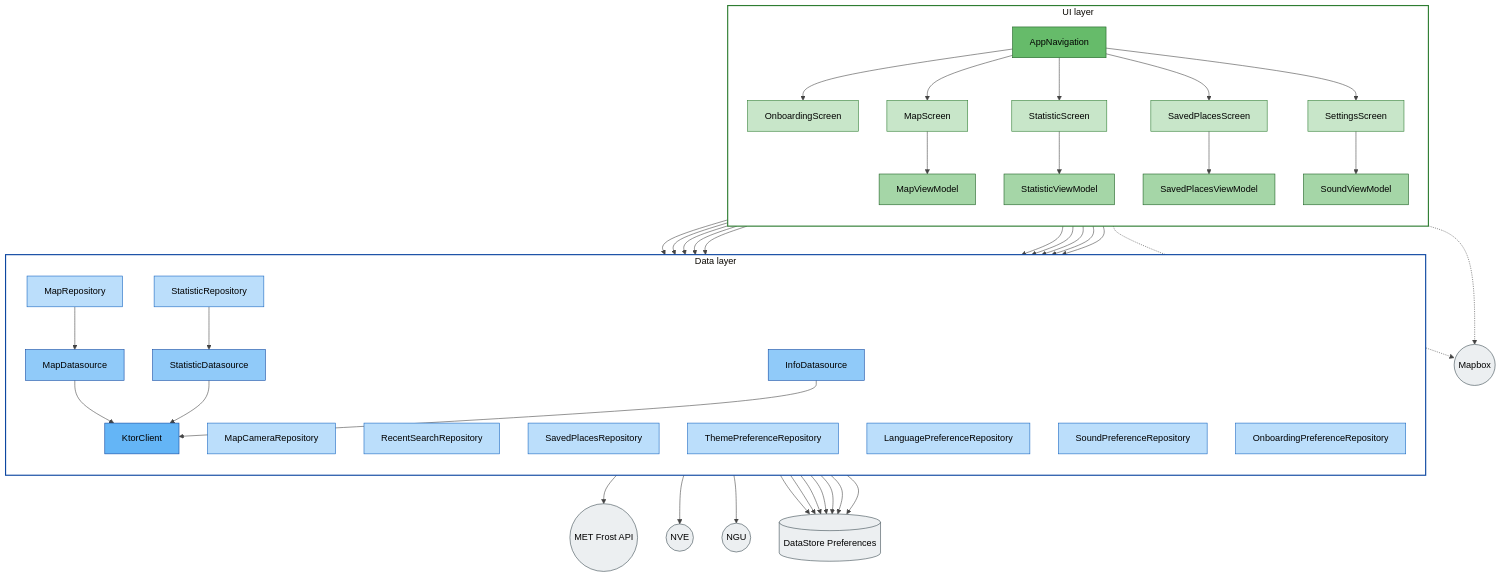
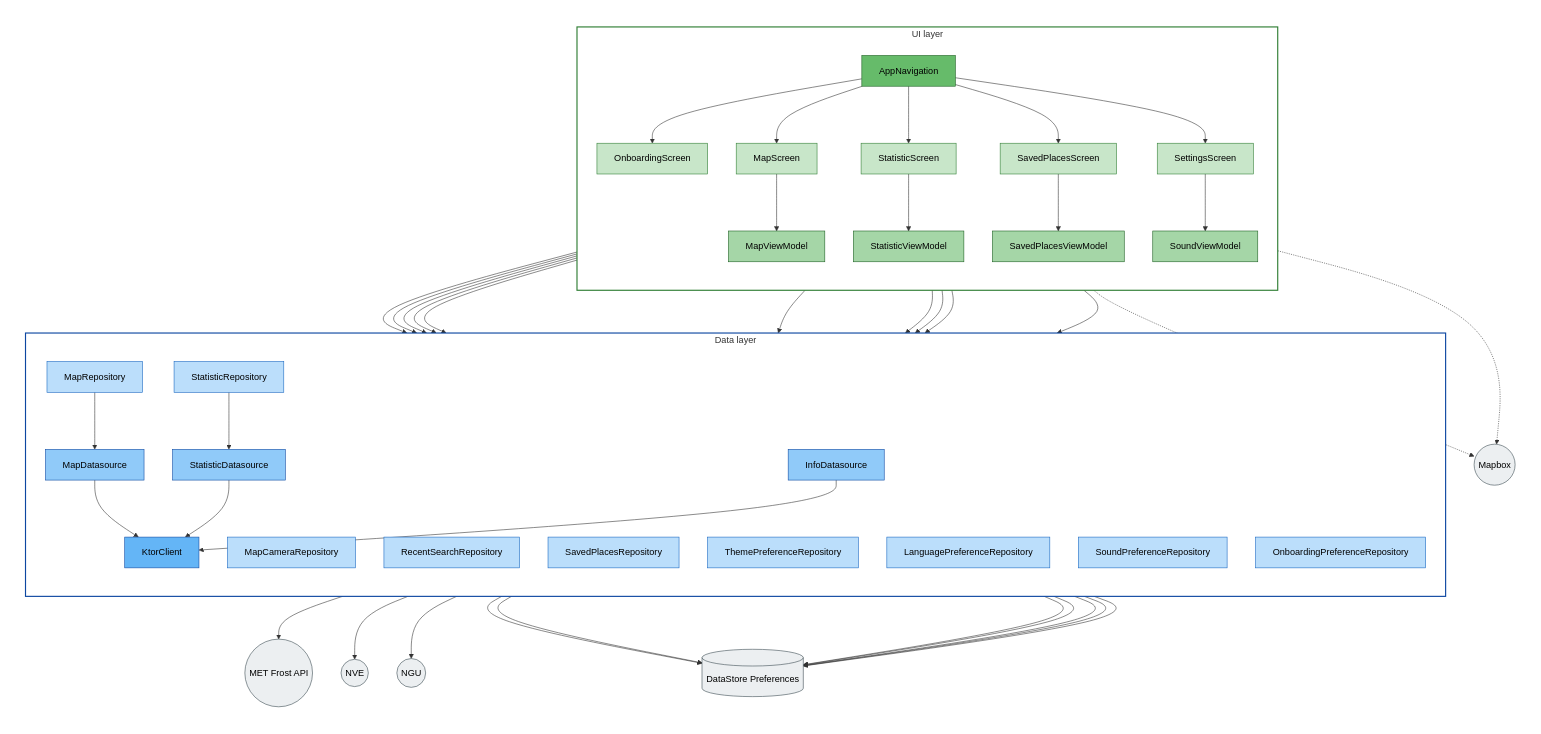
Before and after one commit to Dannevanne/klima-app: the diagram in ARCHITECTURE.md, drawn with Mermaid.

Commit message:
fix: wrap ARCHITECTURE.md mermaid in outer white canvas (kills dark background split)

````diff
--- a/ARCHITECTURE.md
+++ b/ARCHITECTURE.md
@@ -107,68 +107,72 @@
 ```mermaid
-%%{init: {'theme':'base', 'themeVariables': {'background':'#ffffff', 'mainBkg':'#ffffff', 'clusterBkg':'#ffffff', 'edgeLabelBackground':'#ffffff', 'lineColor':'#444444'}}}%%
 flowchart TB
-    %% =========== UI LAYER ===========
-    subgraph UI["UI layer"]
+    %% =========== OUTER WHITE CANVAS ===========
+    subgraph CANVAS[" "]
         direction TB
 
-        AppNav["AppNavigation"]:::navhost
+        %% =========== UI LAYER ===========
+        subgraph UI["UI layer"]
+            direction TB
 
-        OnbScreen["OnboardingScreen"]:::screen
-        MapScreen["MapScreen"]:::screen
-        StatScreen["StatisticScreen"]:::screen
-        SavScreen["SavedPlacesScreen"]:::screen
-        SetScreen["SettingsScreen"]:::screen
+            AppNav["AppNavigation"]:::navhost
 
-        MapVM["MapViewModel"]:::vm
-        StatVM["StatisticViewModel"]:::vm
-        SavVM["SavedPlacesViewModel"]:::vm
-        SoundVM["SoundViewModel"]:::vm
+            OnbScreen["OnboardingScreen"]:::screen
+            MapScreen["MapScreen"]:::screen
+            StatScreen["StatisticScreen"]:::screen
+            SavScreen["SavedPlacesScreen"]:::screen
+            SetScreen["SettingsScreen"]:::screen
 
-        AppNav --> OnbScreen
-        AppNav --> MapScreen
-        AppNav --> StatScreen
-        AppNav --> SavScreen
-        AppNav --> SetScreen
+            MapVM["MapViewModel"]:::vm
+            StatVM["StatisticViewModel"]:::vm
+            SavVM["SavedPlacesViewModel"]:::vm
+            SoundVM["SoundViewModel"]:::vm
 
-        MapScreen --> MapVM
-        StatScreen --> StatVM
-        SavScreen --> SavVM
-        SetScreen --> SoundVM
+            AppNav --> OnbScreen
+            AppNav --> MapScreen
+            AppNav --> StatScreen
+            AppNav --> SavScreen
+            AppNav --> SetScreen
+
+            MapScreen --> MapVM
+            StatScreen --> StatVM
+            SavScreen --> SavVM
+            SetScreen --> SoundVM
+        end
+
+        %% =========== DATA LAYER ===========
+        subgraph DATA["Data layer"]
+            direction TB
+
+            MapRepo["MapRepository"]:::repo
+            CamRepo["MapCameraRepository"]:::repo
+            StatRepo["StatisticRepository"]:::repo
+            RecentRepo["RecentSearchRepository"]:::repo
+            SavRepo["SavedPlacesRepository"]:::repo
+            ThemeRepo["ThemePreferenceRepository"]:::repo
+            LangRepo["LanguagePreferenceRepository"]:::repo
+            SoundRepo["SoundPreferenceRepository"]:::repo
+            OnbRepo["OnboardingPreferenceRepository"]:::repo
+
+            MapDS["MapDatasource"]:::ds
+            StatDS["StatisticDatasource"]:::ds
+            InfoDS["InfoDatasource"]:::ds
+
+            Ktor["KtorClient"]:::net
+
+            MapRepo --> MapDS
+            StatRepo --> StatDS
+            MapDS --> Ktor
+            StatDS --> Ktor
+            InfoDS --> Ktor
+        end
+
+        %% =========== EXTERNAL (inside canvas) ===========
+        Frost(("MET Frost API")):::ext
+        NVE(("NVE")):::ext
+        NGU(("NGU")):::ext
+        Mapbox(("Mapbox")):::ext
+        DS[("DataStore Preferences")]:::store
     end
-
-    %% =========== DATA LAYER ===========
-    subgraph DATA["Data layer"]
-        direction TB
-
-        MapRepo["MapRepository"]:::repo
-        CamRepo["MapCameraRepository"]:::repo
-        StatRepo["StatisticRepository"]:::repo
-        RecentRepo["RecentSearchRepository"]:::repo
-        SavRepo["SavedPlacesRepository"]:::repo
-        ThemeRepo["ThemePreferenceRepository"]:::repo
-        LangRepo["LanguagePreferenceRepository"]:::repo
-        SoundRepo["SoundPreferenceRepository"]:::repo
-        OnbRepo["OnboardingPreferenceRepository"]:::repo
-
-        MapDS["MapDatasource"]:::ds
-        StatDS["StatisticDatasource"]:::ds
-        InfoDS["InfoDatasource"]:::ds
-
-        Ktor["KtorClient"]:::net
-
-        MapRepo --> MapDS
-        StatRepo --> StatDS
-        MapDS --> Ktor
-        StatDS --> Ktor
-        InfoDS --> Ktor
-    end
-
-    %% =========== EXTERNAL ===========
-    Frost(("MET Frost API")):::ext
-    NVE(("NVE")):::ext
-    NGU(("NGU")):::ext
-    Mapbox(("Mapbox")):::ext
-    DS[("DataStore Preferences")]:::store
 
     %% UI to Data edges
     MapVM --> MapRepo
@@ -198,7 +202,10 @@
     SoundRepo --> DS
     OnbRepo --> DS
 
-    %% Subgraph backgrounds: no grey fill, just a clear border per layer
+    %% Outer canvas: white fill, no visible border (covers full diagram bounds)
+    style CANVAS fill:#ffffff,stroke:#ffffff
+
+    %% Inner layer subgraphs: white fill, colored border per layer
     style UI fill:#ffffff,stroke:#2e7d32,stroke-width:2px
     style DATA fill:#ffffff,stroke:#0d47a1,stroke-width:2px
 
````
